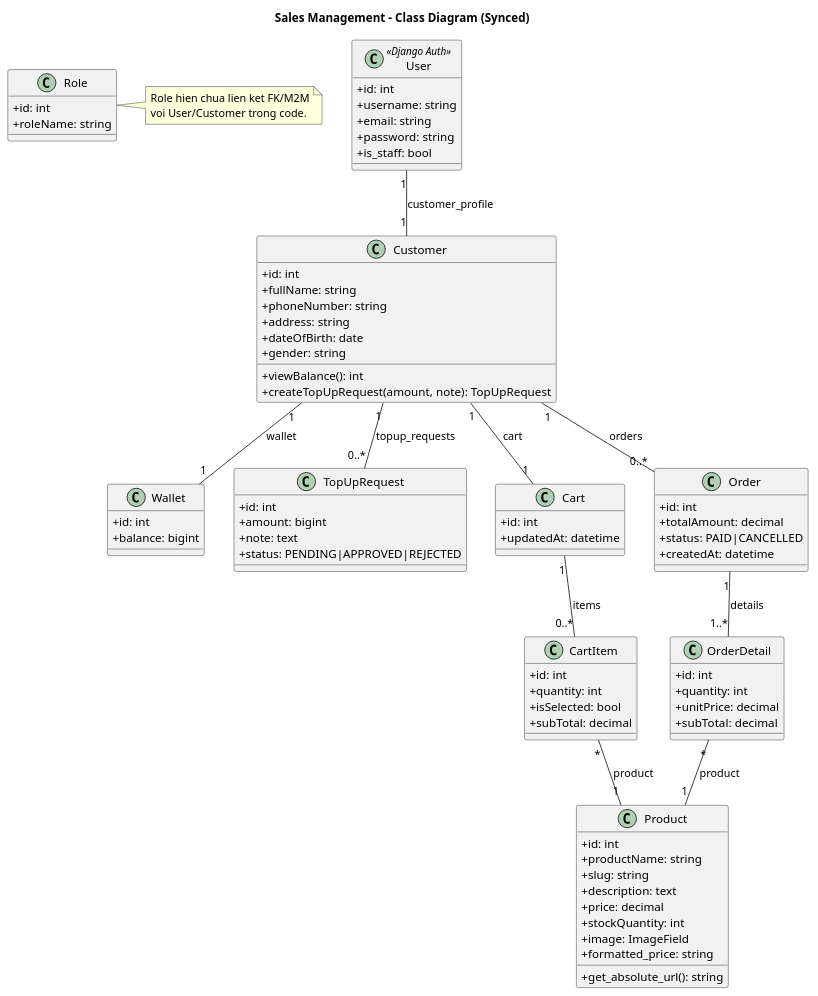
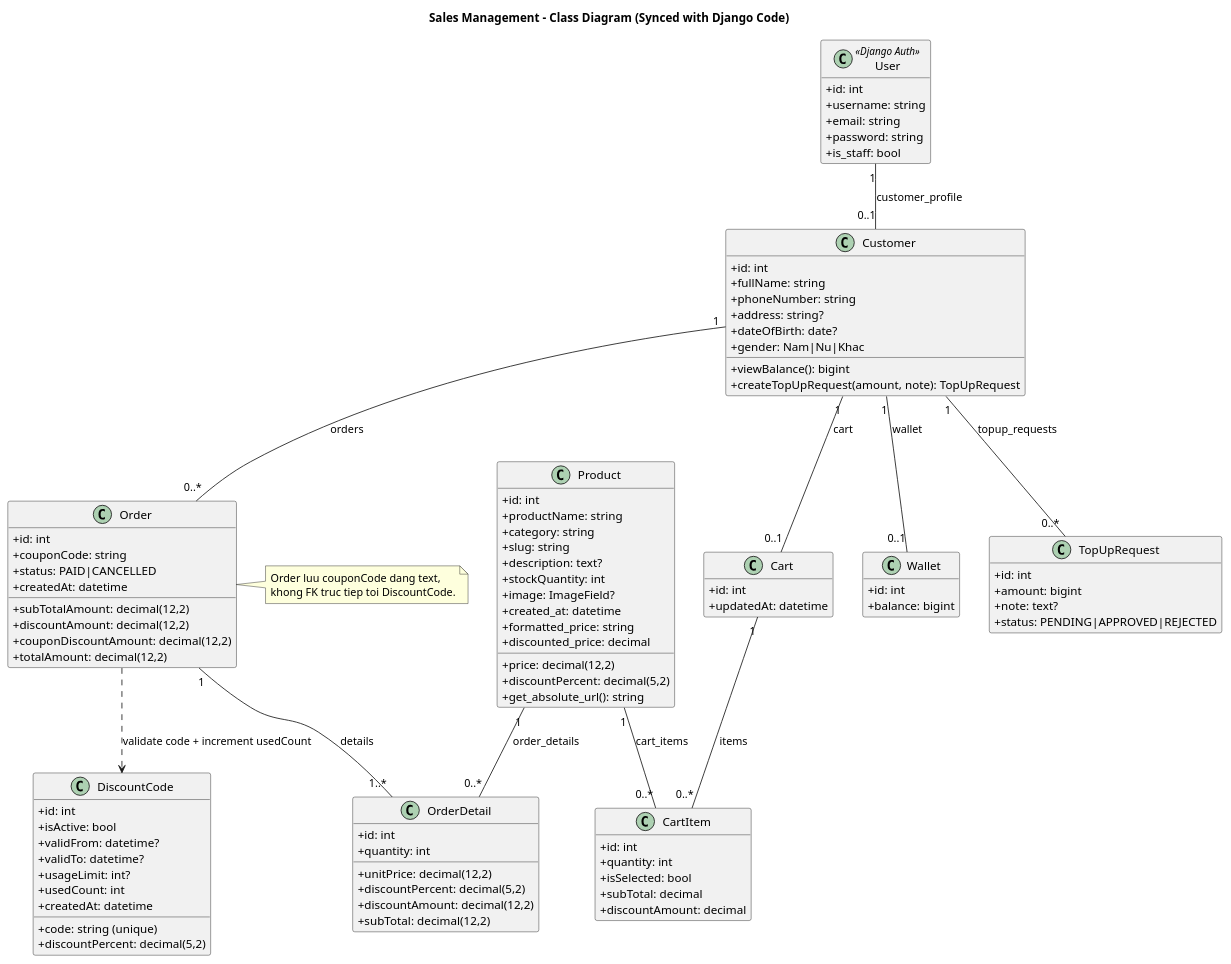
One commit to ducAnhNotEm/QuanLyBanHang changed the diagram in docs/uml/class_diagram.puml. Above: the diagram before and after it, drawn with PlantUML. The commit also changed 14 other files, not shown here.

Commit message:
update diagrams and add product create page

```diff
--- a/docs/uml/class_diagram.puml
+++ b/docs/uml/class_diagram.puml
@@ -1,95 +1,118 @@
 @startuml
-title Sales Management - Class Diagram (Synced)
+title Sales Management - Class Diagram (Synced with Django Code)
 
 skinparam classAttributeIconSize 0
+hide empty members
 
 class User <<Django Auth>> {
   +id: int
   +username: string
   +email: string
   +password: string
   +is_staff: bool
 }
 
-class Role {
-  +id: int
-  +roleName: string
-}
 
 class Customer {
   +id: int
   +fullName: string
   +phoneNumber: string
-  +address: string
-  +dateOfBirth: date
-  +gender: string
-  +viewBalance(): int
+  +address: string?
+  +dateOfBirth: date?
+  +gender: Nam|Nu|Khac
+  +viewBalance(): bigint
   +createTopUpRequest(amount, note): TopUpRequest
 }
 
 class Wallet {
   +id: int
   +balance: bigint
 }
 
 class TopUpRequest {
   +id: int
   +amount: bigint
-  +note: text
+  +note: text?
   +status: PENDING|APPROVED|REJECTED
 }
 
 class Product {
   +id: int
   +productName: string
+  +category: string
   +slug: string
-  +description: text
-  +price: decimal
+  +description: text?
+  +price: decimal(12,2)
+  +discountPercent: decimal(5,2)
   +stockQuantity: int
-  +image: ImageField
+  +image: ImageField?
+  +created_at: datetime
   +get_absolute_url(): string
   +formatted_price: string
+  +discounted_price: decimal
 }
 
 class Cart {
   +id: int
   +updatedAt: datetime
 }
 
 class CartItem {
   +id: int
   +quantity: int
   +isSelected: bool
   +subTotal: decimal
+  +discountAmount: decimal
+}
+
+class DiscountCode {
+  +id: int
+  +code: string (unique)
+  +discountPercent: decimal(5,2)
+  +isActive: bool
+  +validFrom: datetime?
+  +validTo: datetime?
+  +usageLimit: int?
+  +usedCount: int
+  +createdAt: datetime
 }
 
 class Order {
   +id: int
-  +totalAmount: decimal
+  +subTotalAmount: decimal(12,2)
+  +discountAmount: decimal(12,2)
+  +couponCode: string
+  +couponDiscountAmount: decimal(12,2)
+  +totalAmount: decimal(12,2)
   +status: PAID|CANCELLED
   +createdAt: datetime
 }
 
 class OrderDetail {
   +id: int
   +quantity: int
-  +unitPrice: decimal
-  +subTotal: decimal
+  +unitPrice: decimal(12,2)
+  +discountPercent: decimal(5,2)
+  +discountAmount: decimal(12,2)
+  +subTotal: decimal(12,2)
 }
 
-User "1" -- "1" Customer : customer_profile
-Customer "1" -- "1" Wallet : wallet
+User "1" -- "0..1" Customer : customer_profile
+Customer "1" -- "0..1" Wallet : wallet
 Customer "1" -- "0..*" TopUpRequest : topup_requests
-Customer "1" -- "1" Cart : cart
+Customer "1" -- "0..1" Cart : cart
 Cart "1" -- "0..*" CartItem : items
-CartItem "*" -- "1" Product : product
+Product "1" -- "0..*" CartItem : cart_items
 Customer "1" -- "0..*" Order : orders
 Order "1" -- "1..*" OrderDetail : details
-OrderDetail "*" -- "1" Product : product
+Product "1" -- "0..*" OrderDetail : order_details
+Order ..> DiscountCode : validate code + increment usedCount
 
-note right of Role
-  Role hien chua lien ket FK/M2M
-  voi User/Customer trong code.
+
+
+note right of Order
+  Order luu couponCode dang text,
+  khong FK truc tiep toi DiscountCode.
 end note
 
 @enduml
```
